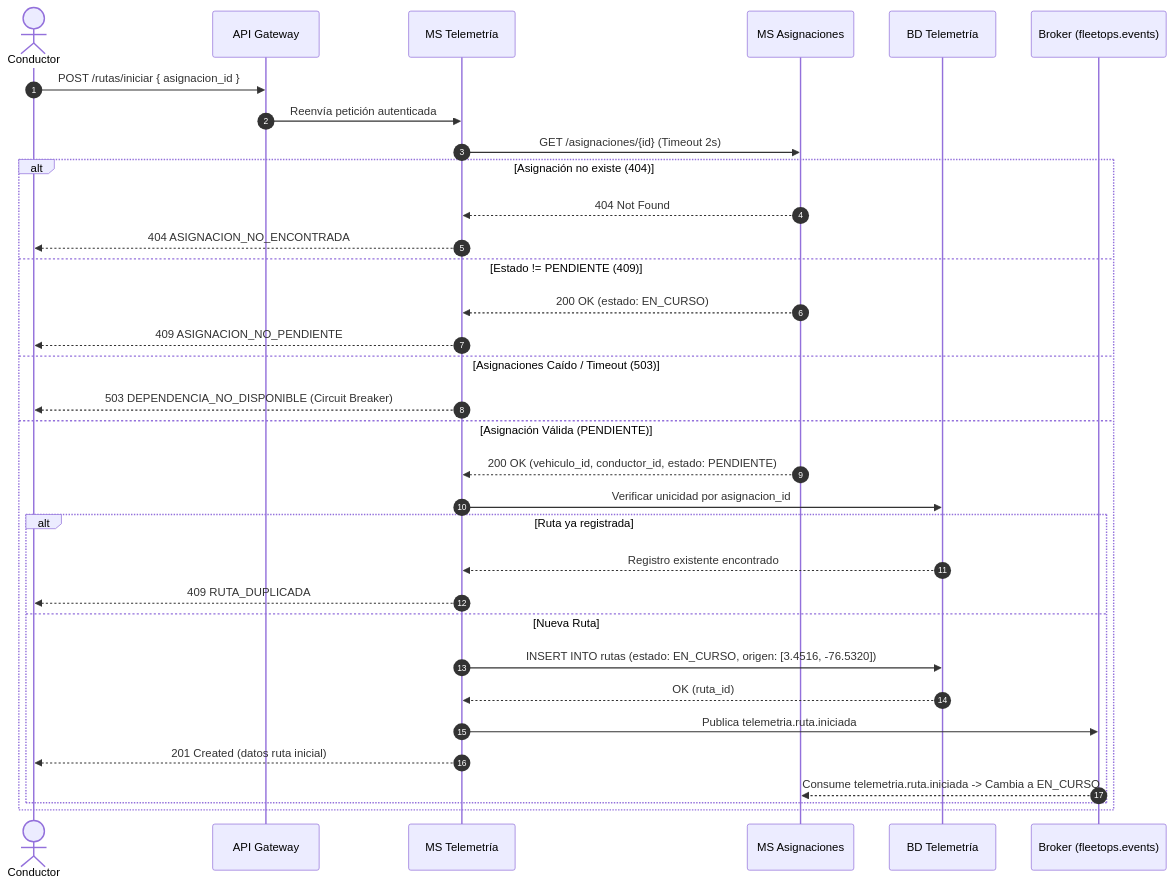
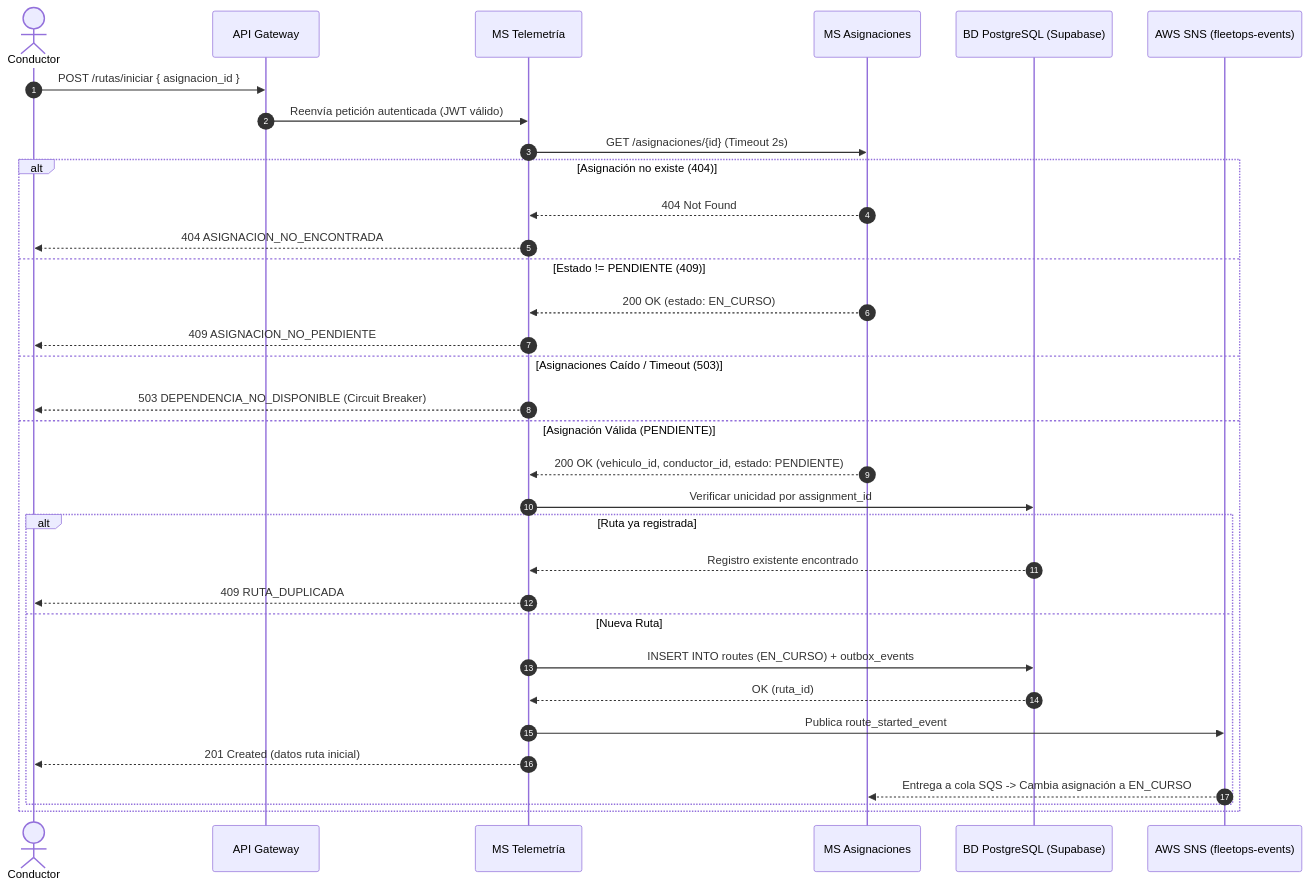
The second of 2 diagrams in docs/01_contexto_y_negocio.md (FleetOpsProyect/grupo_06_Telemetria), drawn with Mermaid before and after one commit. The commit also changed other lines of this file and 10 other files, not shown here.

Commit message:
docs: add business context, backlog, architecture, and guides

````diff
--- a/docs/01_contexto_y_negocio.md
+++ b/docs/01_contexto_y_negocio.md
@@ -122,36 +173,36 @@
 ```mermaid
 sequenceDiagram
     autonumber
     actor Conductor
     participant GW as API Gateway
     participant Telemetria as MS Telemetría
     participant Asignaciones as MS Asignaciones
-    participant BD as BD Telemetría
-    participant RabbitMQ as Broker (fleetops.events)
+    participant BD as BD PostgreSQL (Supabase)
+    participant SNS as AWS SNS (fleetops-events)
 
     Conductor->>GW: POST /rutas/iniciar { asignacion_id }
-    GW->>Telemetria: Reenvía petición autenticada
+    GW->>Telemetria: Reenvía petición autenticada (JWT válido)
     Telemetria->>Asignaciones: GET /asignaciones/{id} (Timeout 2s)
     alt Asignación no existe (404)
         Asignaciones-->>Telemetria: 404 Not Found
         Telemetria-->>Conductor: 404 ASIGNACION_NO_ENCONTRADA
     else Estado != PENDIENTE (409)
         Asignaciones-->>Telemetria: 200 OK (estado: EN_CURSO)
         Telemetria-->>Conductor: 409 ASIGNACION_NO_PENDIENTE
     else Asignaciones Caído / Timeout (503)
         Telemetria-->>Conductor: 503 DEPENDENCIA_NO_DISPONIBLE (Circuit Breaker)
     else Asignación Válida (PENDIENTE)
         Asignaciones-->>Telemetria: 200 OK (vehiculo_id, conductor_id, estado: PENDIENTE)
-        Telemetria->>BD: Verificar unicidad por asignacion_id
+        Telemetria->>BD: Verificar unicidad por assignment_id
         alt Ruta ya registrada
             BD-->>Telemetria: Registro existente encontrado
             Telemetria-->>Conductor: 409 RUTA_DUPLICADA
         else Nueva Ruta
-            Telemetria->>BD: INSERT INTO rutas (estado: EN_CURSO, origen: [3.4516, -76.5320])
+            Telemetria->>BD: INSERT INTO routes (EN_CURSO) + outbox_events
             BD-->>Telemetria: OK (ruta_id)
-            Telemetria->>RabbitMQ: Publica telemetria.ruta.iniciada
+            Telemetria->>SNS: Publica route_started_event
             Telemetria-->>Conductor: 201 Created (datos ruta inicial)
-            RabbitMQ-->>Asignaciones: Consume telemetria.ruta.iniciada -> Cambia a EN_CURSO
+            SNS-->>Asignaciones: Entrega a cola SQS -> Cambia asignación a EN_CURSO
         end
     end
 ```
````
